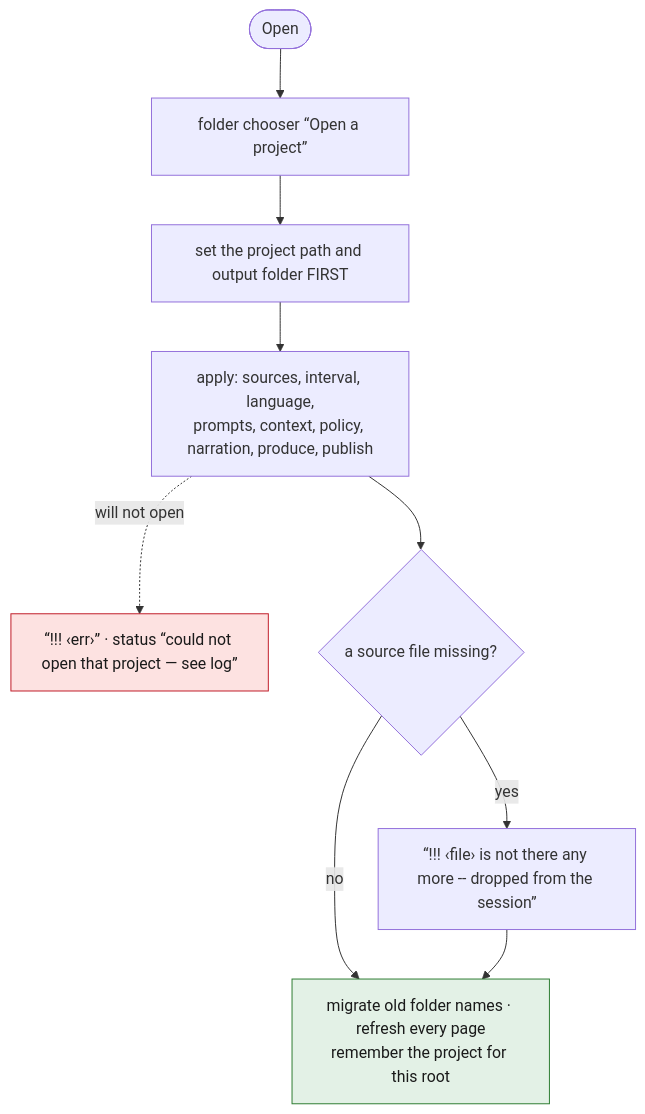
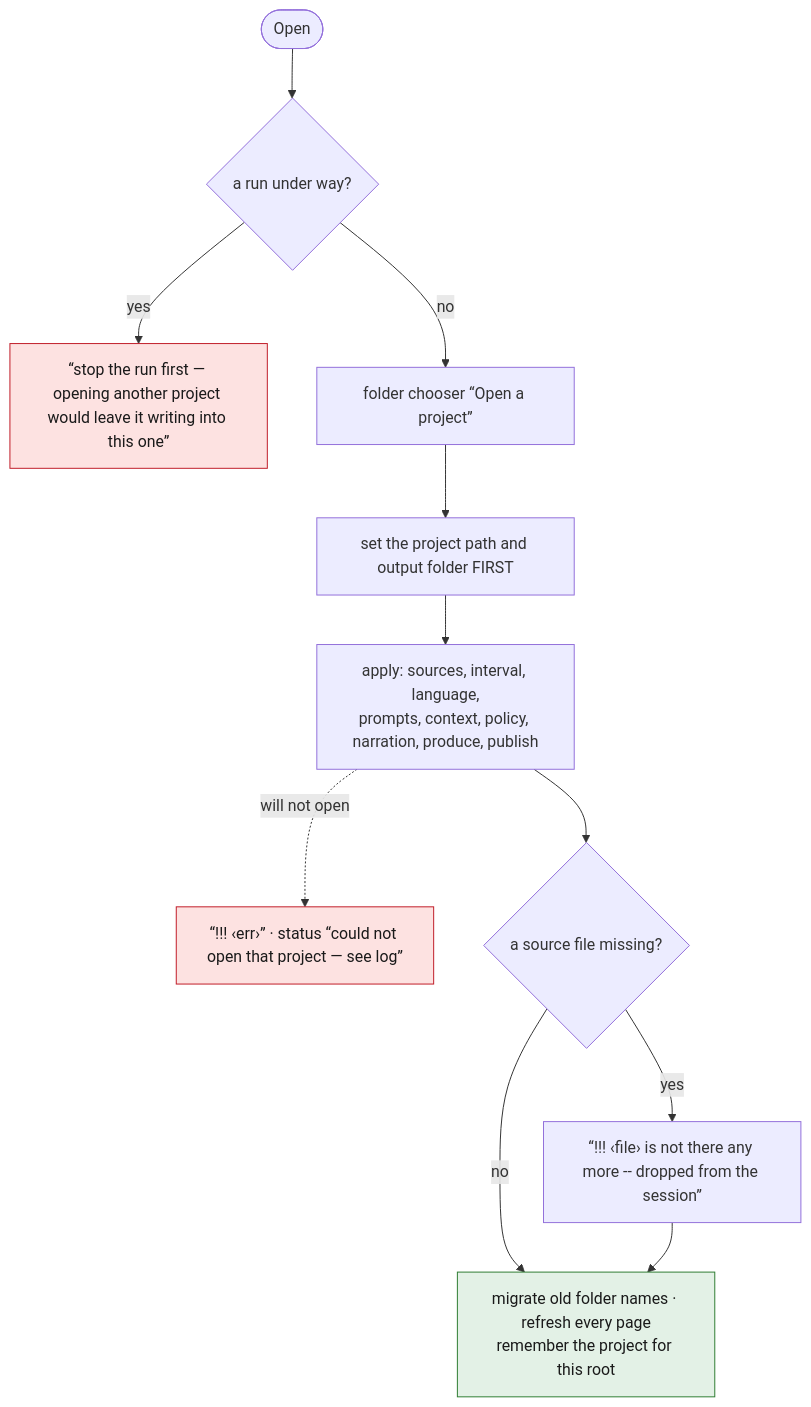
Before and after one commit to tbocek/naivepost: the eighth of 12 diagrams in spec/03-shell.md, drawn with Mermaid. The commit also changed other lines of this file and 537 other files, not shown here.

````diff
--- a/spec/03-shell.md
+++ b/spec/03-shell.md
@@ -217,13 +190,15 @@
 ```mermaid
 flowchart TD
-  A(["Open"]) --> B["folder chooser “Open a project”"]
+  A(["Open"]) --> R{"a run under way?"}
+  R -- yes --> R1["“stop the run first — opening another project would leave it writing into this one”"]:::refuse
+  R -- no --> B["folder chooser “Open a project”"]
   B --> P["set the project path and output folder FIRST"]
   P --> AP["apply: sources, interval, language,<br/>prompts, context, policy, narration, produce, publish"]
   AP -. will not open .-> RF["“!!! ‹err›” · status “could not open that project — see log”"]:::refuse
   AP --> MS{"a source file missing?"}
   MS -- yes --> DR["“!!! ‹file› is not there any more -- dropped from the session”"]
   MS -- no --> MG
   DR --> MG["migrate old folder names · refresh every page<br/>remember the project for this root"]:::done
   classDef refuse fill:#fde2e1,stroke:#c01c28,color:#1a1a1a
   classDef done fill:#e3f1e6,stroke:#2e7d32,color:#1a1a1a
 ```
````
